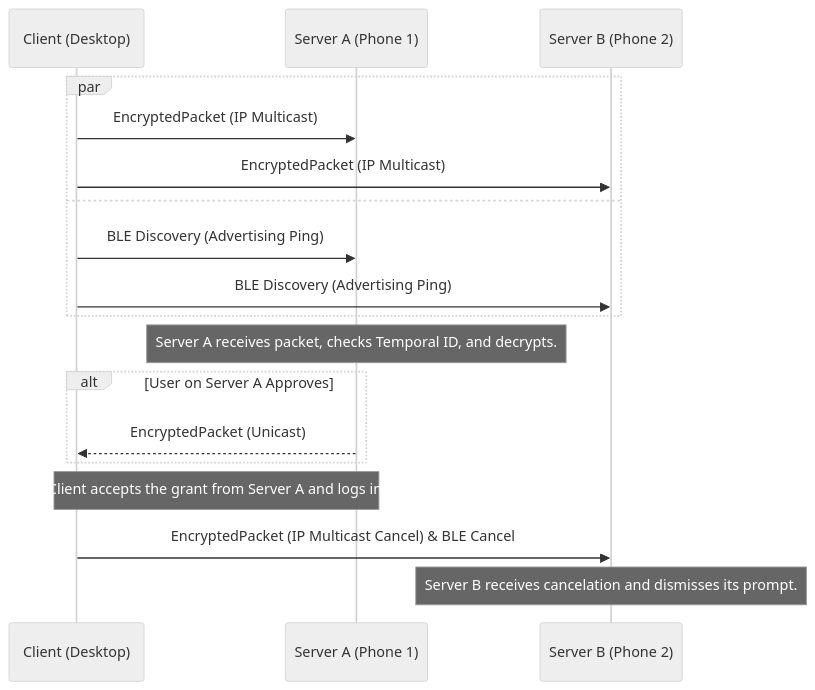
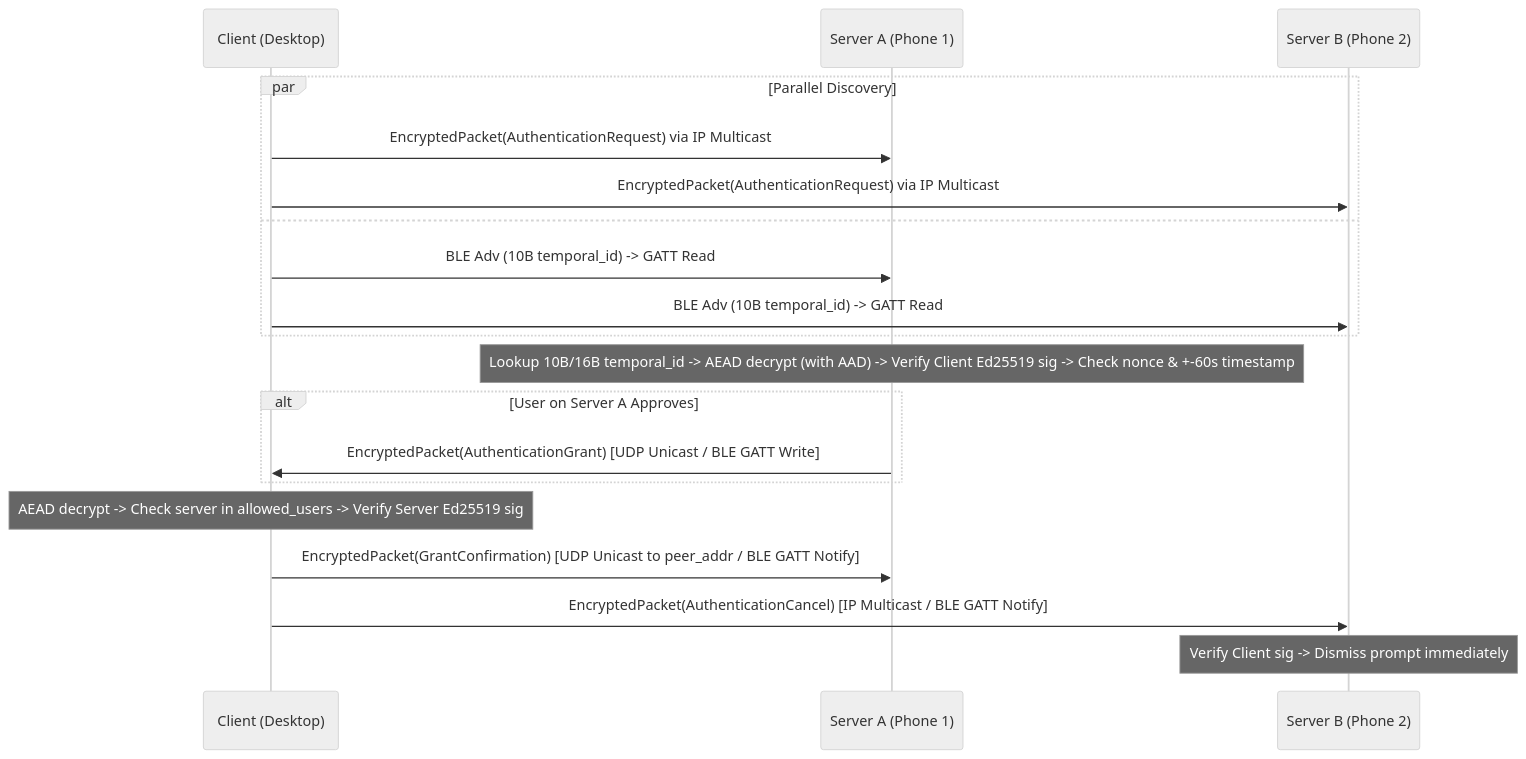
One commit to Lolle2000la/tapauth changed the diagram in docs/design-documents/protocol/authentication-flow.md. Above: the diagram before and after it, drawn with Mermaid (neutral theme). The commit also changed other lines of this file and 8 other files, not shown here.

Commit message:
docs(protocol): specify TapAuth protocol v2 schemas and design docs

````diff
--- a/docs/design-documents/protocol/authentication-flow.md
+++ b/docs/design-documents/protocol/authentication-flow.md
@@ -12,24 +12,25 @@
 ```mermaid
 sequenceDiagram
     participant Client (Desktop)
     participant Server A (Phone 1)
     participant Server B (Phone 2)
 
-    par
-        Client (Desktop)->>Server A (Phone 1): EncryptedPacket (IP Multicast)
-        Client (Desktop)->>Server B (Phone 2): EncryptedPacket (IP Multicast)
+    par Parallel Discovery
+        Client (Desktop)->>Server A (Phone 1): EncryptedPacket(AuthenticationRequest) via IP Multicast
+        Client (Desktop)->>Server B (Phone 2): EncryptedPacket(AuthenticationRequest) via IP Multicast
     and
-        Client (Desktop)->>Server A (Phone 1): BLE Discovery (Advertising Ping)
-        Client (Desktop)->>Server B (Phone 2): BLE Discovery (Advertising Ping)
+        Client (Desktop)->>Server A (Phone 1): BLE Adv (10B temporal_id) -> GATT Read
+        Client (Desktop)->>Server B (Phone 2): BLE Adv (10B temporal_id) -> GATT Read
     end
 
-    Note over Server A (Phone 1): Server A receives packet, checks Temporal ID, and decrypts.
+    Note over Server A (Phone 1): Lookup 10B/16B temporal_id -> AEAD decrypt (with AAD) -> Verify Client Ed25519 sig -> Check nonce & +-60s timestamp
     
     alt User on Server A Approves
-        Server A (Phone 1)-->>Client (Desktop): EncryptedPacket (Unicast)
+        Server A (Phone 1)->>Client (Desktop): EncryptedPacket(AuthenticationGrant) [UDP Unicast / BLE GATT Write]
     end
     
-    Note over Client (Desktop), Server A (Phone 1): Client accepts the grant from Server A and logs in.
-    Client (Desktop)->>Server B (Phone 2): EncryptedPacket (IP Multicast Cancel) & BLE Cancel
-    Note over Server B (Phone 2): Server B receives cancelation and dismisses its prompt.
+    Note over Client (Desktop): AEAD decrypt -> Check server in allowed_users -> Verify Server Ed25519 sig
+    Client (Desktop)->>Server A (Phone 1): EncryptedPacket(GrantConfirmation) [UDP Unicast to peer_addr / BLE GATT Notify]
+    Client (Desktop)->>Server B (Phone 2): EncryptedPacket(AuthenticationCancel) [IP Multicast / BLE GATT Notify]
+    Note over Server B (Phone 2): Verify Client sig -> Dismiss prompt immediately
 ```
````
